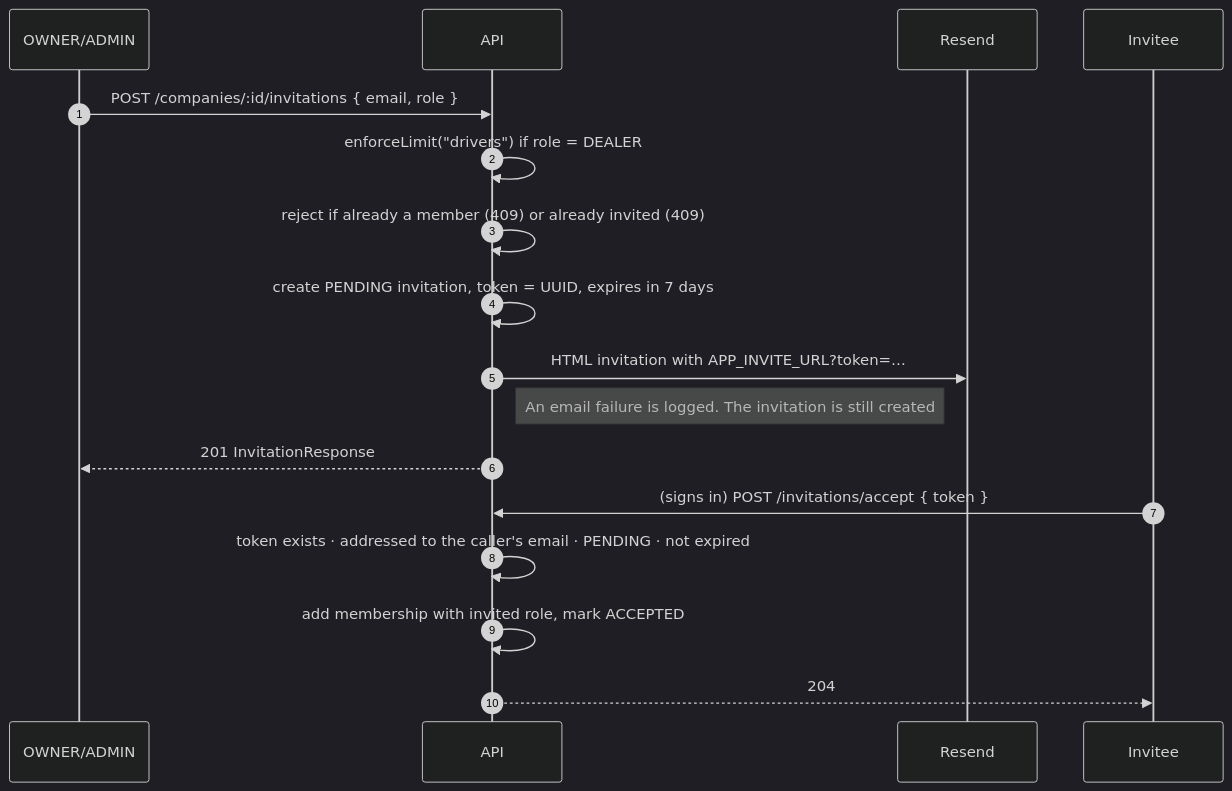
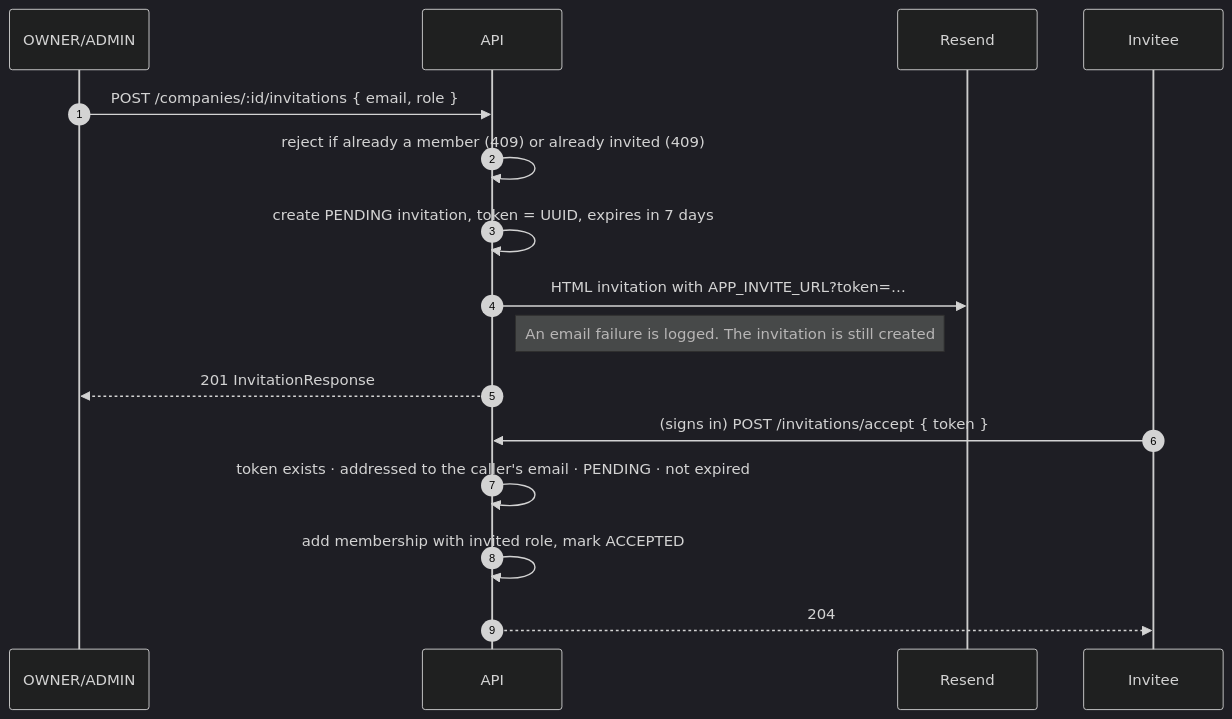
Before and after one commit to Santaval/delivo-api: the second of 2 diagrams in docs/authentication.md, drawn with Mermaid (dark theme). The commit also changed other lines of this file and 34 other files, not shown here.

````diff
--- a/docs/authentication.md
+++ b/docs/authentication.md
@@ -86,20 +86,19 @@
 ```mermaid
 sequenceDiagram
     autonumber
     participant Admin as OWNER/ADMIN
     participant API
     participant Mail as Resend
     participant Invitee
 
     Admin->>API: POST /companies/:id/invitations { email, role }
-    API->>API: enforceLimit("drivers") if role = DEALER
     API->>API: reject if already a member (409) or already invited (409)
     API->>API: create PENDING invitation, token = UUID, expires in 7 days
     API->>Mail: HTML invitation with APP_INVITE_URL?token=…
     Note right of API: An email failure is logged. The invitation is still created
     API-->>Admin: 201 InvitationResponse
     Invitee->>API: (signs in) POST /invitations/accept { token }
     API->>API: token exists · addressed to the caller's email · PENDING · not expired
     API->>API: add membership with invited role, mark ACCEPTED
     API-->>Invitee: 204
 ```
````
